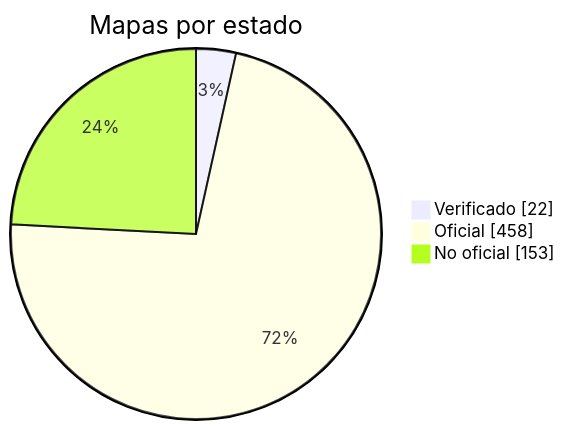
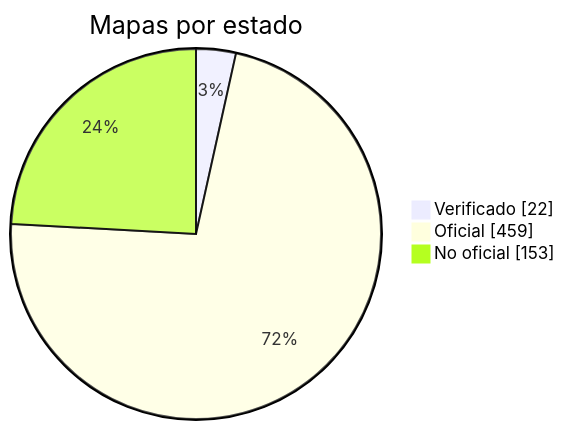
Before and after one commit to nobrega8/mbmap-library: the diagram in docs/readme/README_ES.md, drawn with Mermaid. The commit also changed 6 other files, not shown here.

````diff
--- a/docs/readme/README_ES.md
+++ b/docs/readme/README_ES.md
@@ -54,7 +54,7 @@
 ```mermaid
 pie showData
     title Mapas por estado
     "Verificado" : 22
-    "Oficial" : 458
+    "Oficial" : 459
     "No oficial" : 153
 ```
````
